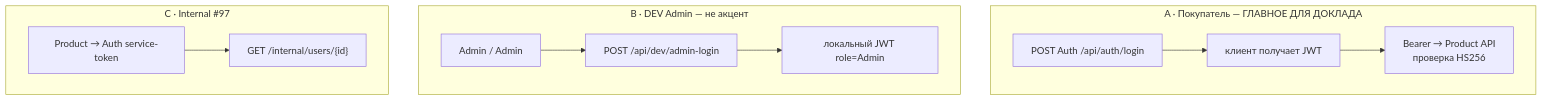
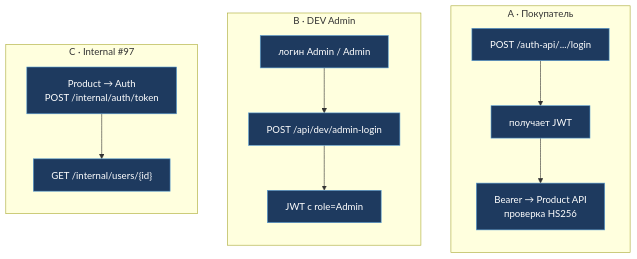
One commit to ITSTEP-PERRY/Back_end_for_our_poroject changed the eighth of 10 diagrams in project_defense/DEFENSE_BACKEND.md. Above: the diagram before and after it, drawn with Mermaid. The commit also changed other lines of this file and 2 other files, not shown here.

````diff
--- a/project_defense/DEFENSE_BACKEND.md
+++ b/project_defense/DEFENSE_BACKEND.md
@@ -315,20 +361,28 @@
 ```mermaid
 flowchart TB
-  subgraph COL1["A · Покупатель — ГЛАВНОЕ ДЛЯ ДОКЛАДА"]
-    A1["POST Auth /api/auth/login"]
-    A2["клиент получает JWT"]
+  subgraph COL1["A · Покупатель"]
+    direction TB
+    A1["POST /auth-api/.../login"]
+    A2["получает JWT"]
     A3["Bearer → Product API<br/>проверка HS256"]
     A1 --> A2 --> A3
   end
-  subgraph COL2["B · DEV Admin — не акцент"]
-    B1["Admin / Admin"]
+
+  subgraph COL2["B · DEV Admin"]
+    direction TB
+    B1["логин Admin / Admin"]
     B2["POST /api/dev/admin-login"]
-    B3["локальный JWT role=Admin"]
+    B3["JWT с role=Admin"]
     B1 --> B2 --> B3
   end
+
   subgraph COL3["C · Internal #97"]
-    C1["Product → Auth service-token"]
+    direction TB
+    C1["Product → Auth<br/>POST /internal/auth/token"]
     C2["GET /internal/users/{id}"]
     C1 --> C2
   end
+
+  classDef x fill:#1e3a5f,stroke:#5b9fd4,color:#fff
+  class A1,A2,A3,B1,B2,B3,C1,C2 x
 ```
````
